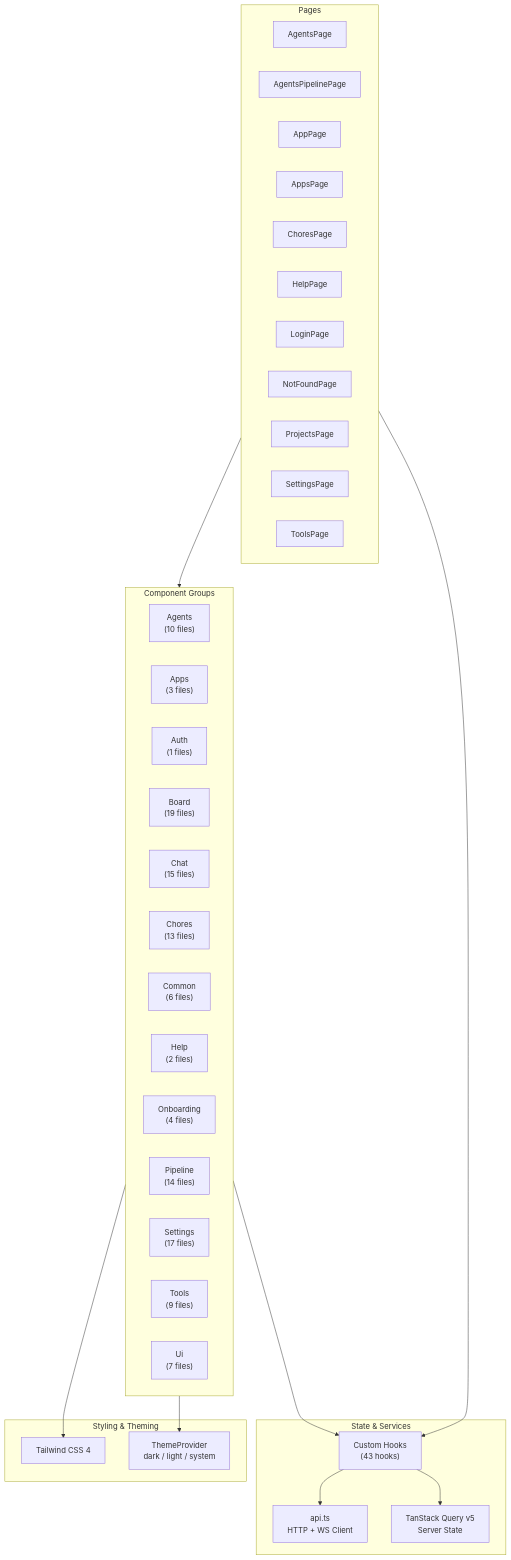
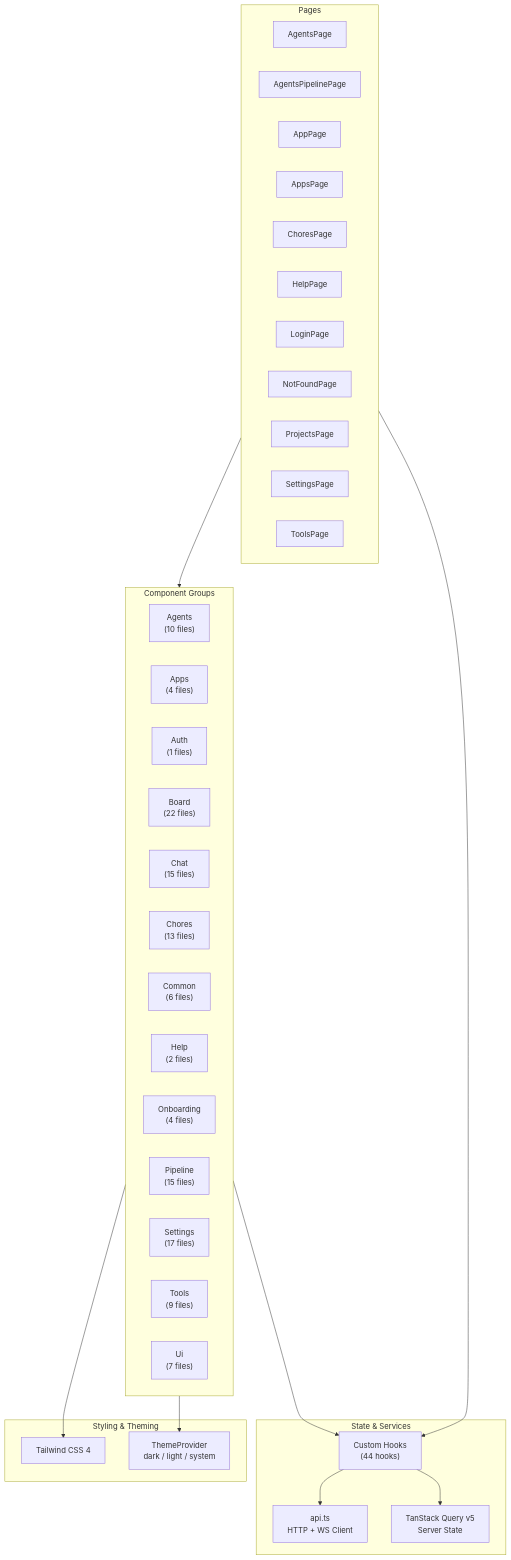
One commit to Boykai/github-workflows changed the diagram in solune/docs/architectures/frontend-components.mmd. Above: the diagram before and after it, drawn with Mermaid. The commit also changed 22 other files, not shown here.

```diff
--- a/solune/docs/architectures/frontend-components.mmd
+++ b/solune/docs/architectures/frontend-components.mmd
@@ -1,49 +1,49 @@
 graph TB
     subgraph Pages["Pages"]
         P_0["AgentsPage"]
         P_1["AgentsPipelinePage"]
         P_2["AppPage"]
         P_3["AppsPage"]
         P_4["ChoresPage"]
         P_5["HelpPage"]
         P_6["LoginPage"]
         P_7["NotFoundPage"]
         P_8["ProjectsPage"]
         P_9["SettingsPage"]
         P_10["ToolsPage"]
     end
 
     subgraph Components["Component Groups"]
         C_0["Agents<br/>(10 files)"]
-        C_1["Apps<br/>(3 files)"]
+        C_1["Apps<br/>(4 files)"]
         C_2["Auth<br/>(1 files)"]
-        C_3["Board<br/>(19 files)"]
+        C_3["Board<br/>(22 files)"]
         C_4["Chat<br/>(15 files)"]
         C_5["Chores<br/>(13 files)"]
         C_6["Common<br/>(6 files)"]
         C_7["Help<br/>(2 files)"]
         C_8["Onboarding<br/>(4 files)"]
-        C_9["Pipeline<br/>(14 files)"]
+        C_9["Pipeline<br/>(15 files)"]
         C_10["Settings<br/>(17 files)"]
         C_11["Tools<br/>(9 files)"]
         C_12["Ui<br/>(7 files)"]
     end
 
     subgraph State["State & Services"]
-        Hooks["Custom Hooks<br/>(43 hooks)"]
+        Hooks["Custom Hooks<br/>(44 hooks)"]
         API["api.ts<br/>HTTP + WS Client"]
         TQ["TanStack Query v5<br/>Server State"]
     end
 
     subgraph Styling["Styling & Theming"]
         TW["Tailwind CSS 4"]
         Theme["ThemeProvider<br/>dark / light / system"]
     end
 
     Pages --> Components
     Pages --> Hooks
     Components --> Hooks
     Hooks --> API
     Hooks --> TQ
     Components --> TW
     Components --> Theme
```
